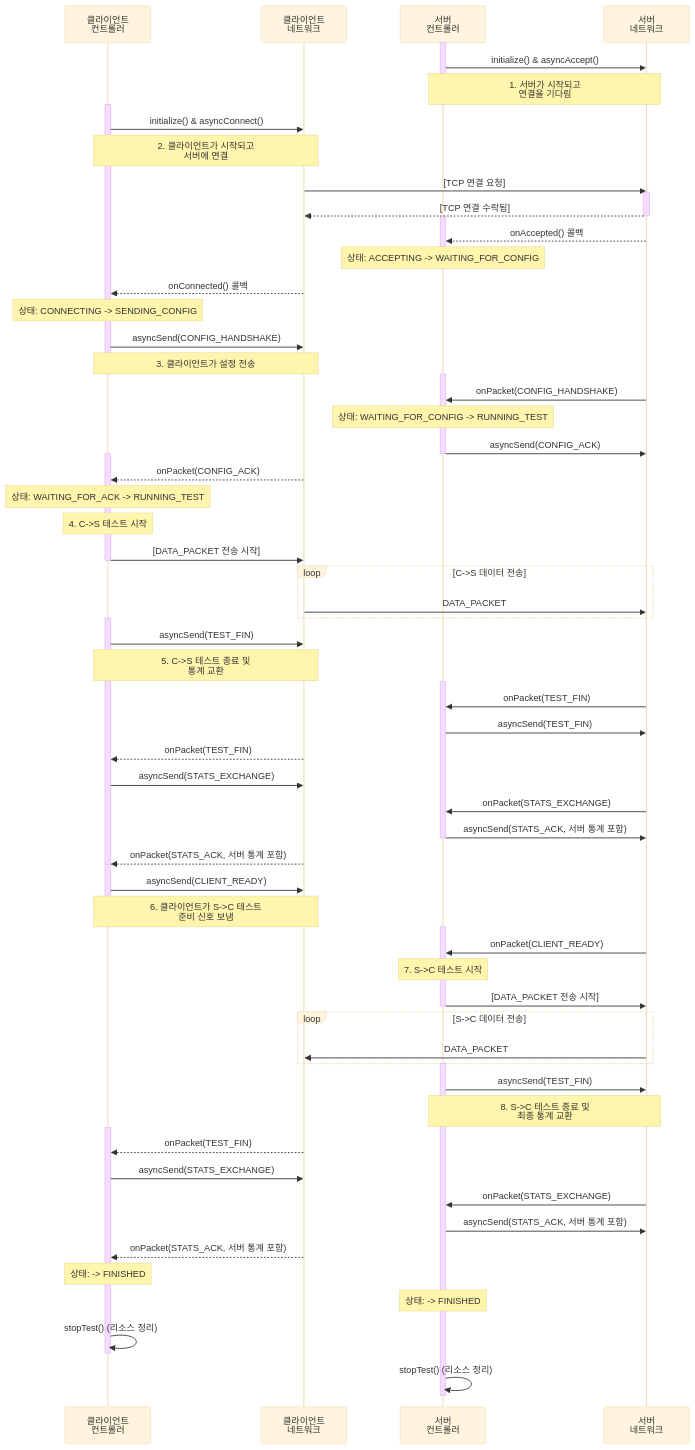
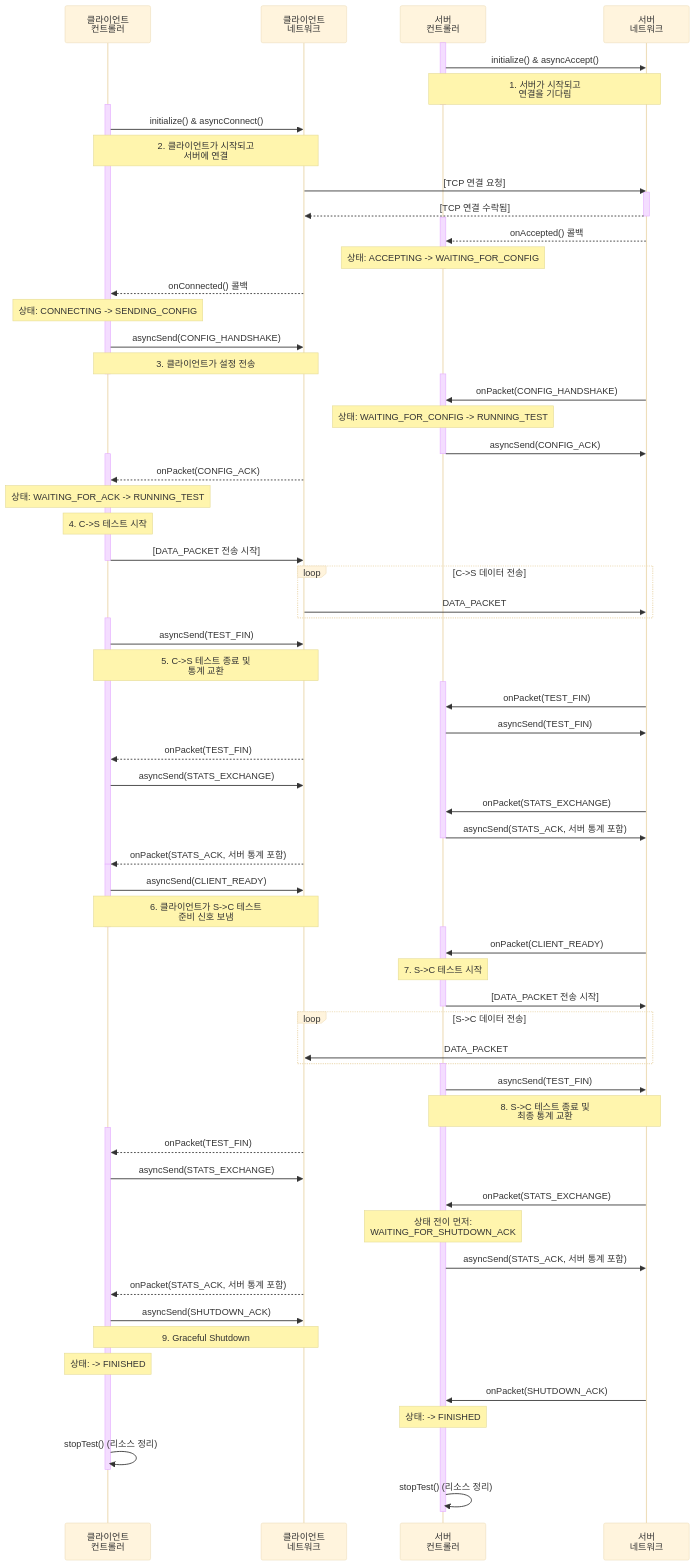
One commit to JunKIM2603a/MyIperf changed the diagram in MyIperf/UML/SequenceDiagram.md. Above: the diagram before and after it, drawn with Mermaid (base theme). The commit also changed other lines of this file and 17 other files, not shown here.

```diff
--- a/MyIperf/UML/SequenceDiagram.md
+++ b/MyIperf/UML/SequenceDiagram.md
@@ -95,10 +107,15 @@
     C_TC->>C_NI: asyncSend(STATS_EXCHANGE)
 
     S_NI->>S_TC: onPacket(STATS_EXCHANGE)
+    note over S_TC: 상태 전이 먼저:<br>WAITING_FOR_SHUTDOWN_ACK
     S_TC->>S_NI: asyncSend(STATS_ACK, 서버 통계 포함)
 
     C_NI-->>C_TC: onPacket(STATS_ACK, 서버 통계 포함)
+    C_TC->>C_NI: asyncSend(SHUTDOWN_ACK)
+    note over C_TC, C_NI: 9. Graceful Shutdown
     note over C_TC: 상태: -> FINISHED
+
+    S_NI->>S_TC: onPacket(SHUTDOWN_ACK)
     note over S_TC: 상태: -> FINISHED
 
     C_TC->>C_TC: stopTest() (리소스 정리)
```
